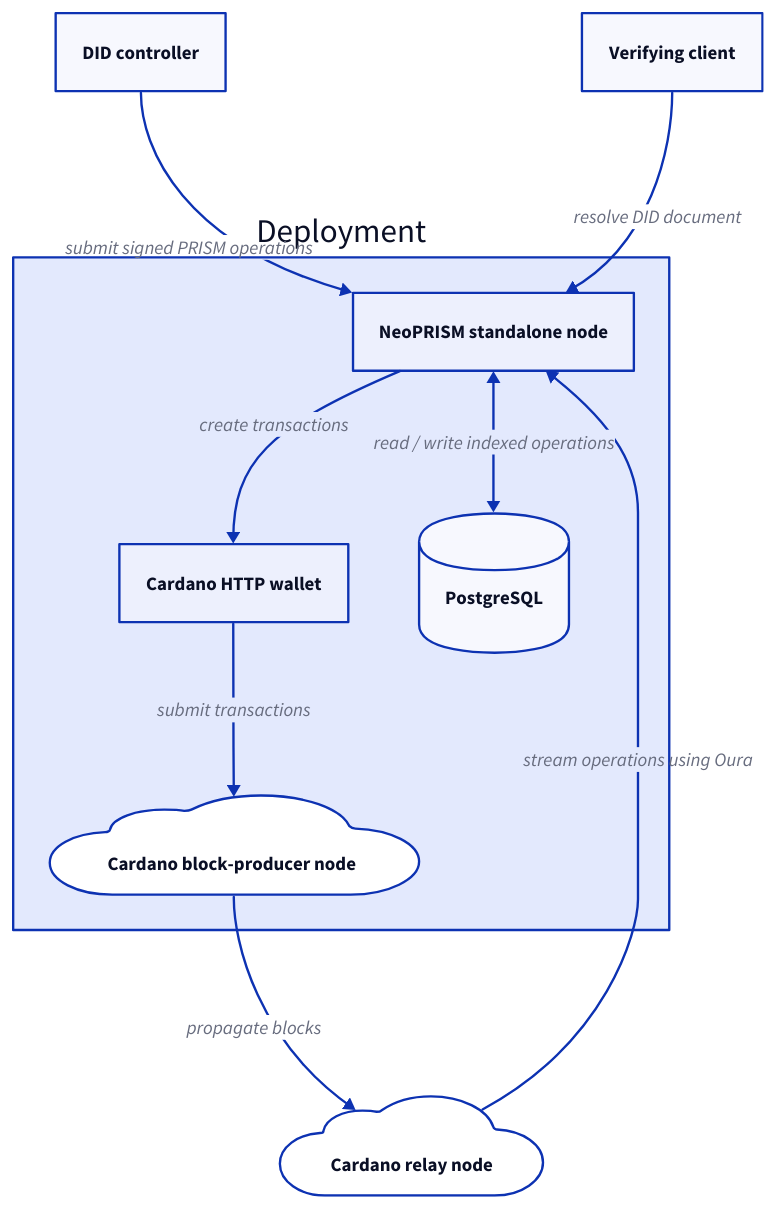
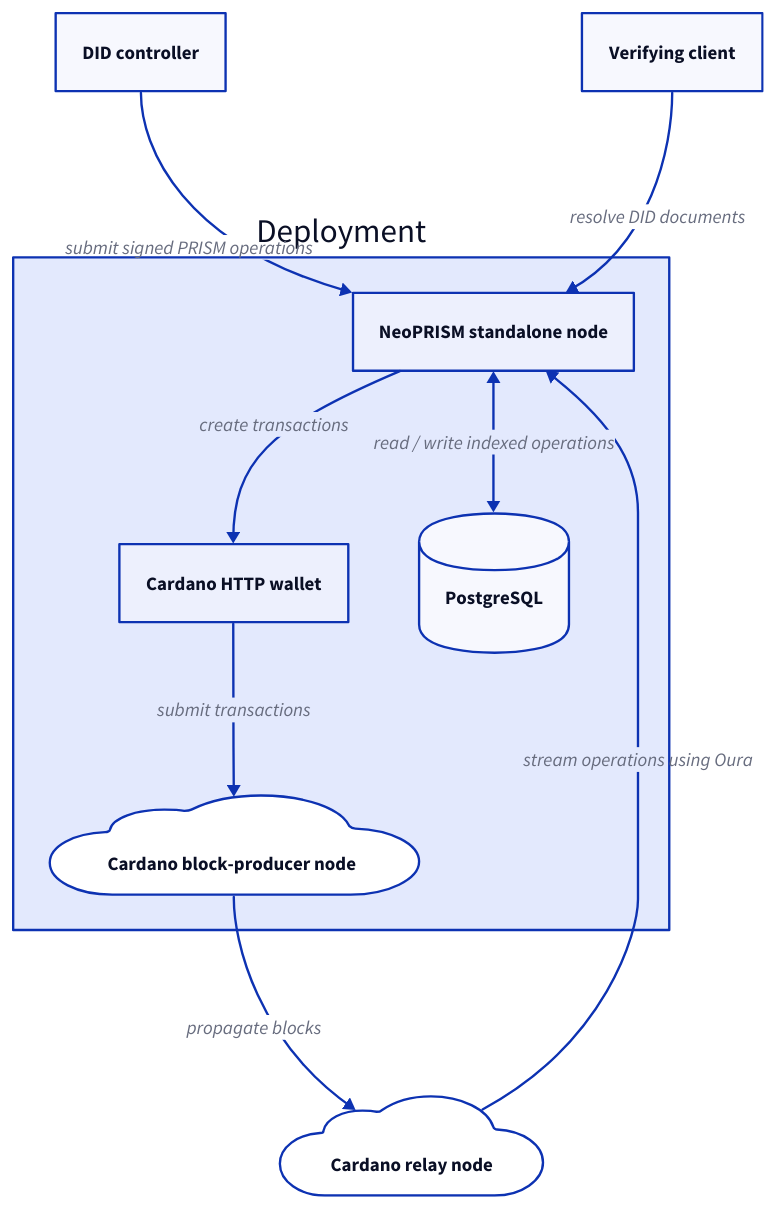
One commit to hyperledger-identus/neoprism changed the diagram in docs/src/architecture/README.md. Above: the diagram before and after it, drawn with D2. The commit also changed other lines of this file, not shown here.

````diff
--- a/docs/src/architecture/README.md
+++ b/docs/src/architecture/README.md
@@ -22,27 +22,27 @@
 ```d2
 did-controller: "DID controller"
 verifier: "Verifying client"
 cardano-node: "Cardano relay node" {
   shape: cloud
 }
 
 internal: "Deployment" {
   neoprism: "NeoPRISM standalone node"
   cardano-wallet: "Cardano HTTP wallet"
   cardano-blockproducer: "Cardano block-producer node" {
     shape: cloud
   }
   db: "PostgreSQL" {
     shape: cylinder
   }
 
   neoprism -> cardano-wallet: create transactions
   neoprism <-> db: read / write indexed operations
   cardano-wallet -> cardano-blockproducer: submit transactions
 }
 
 internal.neoprism <- cardano-node: stream operations using Oura
 did-controller -> internal.neoprism: submit signed PRISM operations
-verifier -> internal.neoprism: resolve DID document
+verifier -> internal.neoprism: resolve DID documents
 internal.cardano-blockproducer -> cardano-node: propagate blocks
 ```
````
